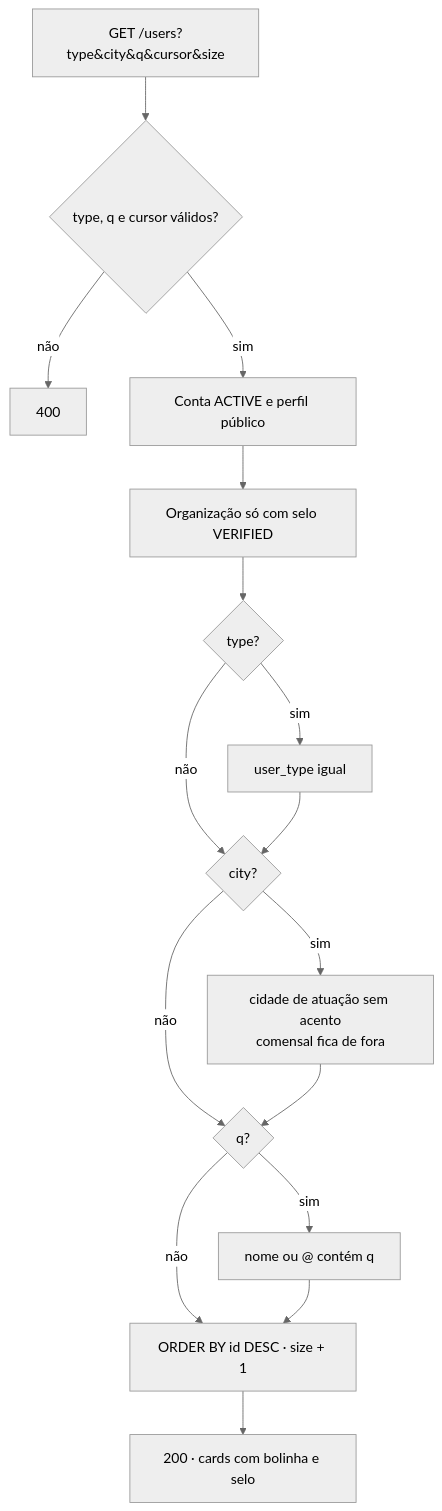
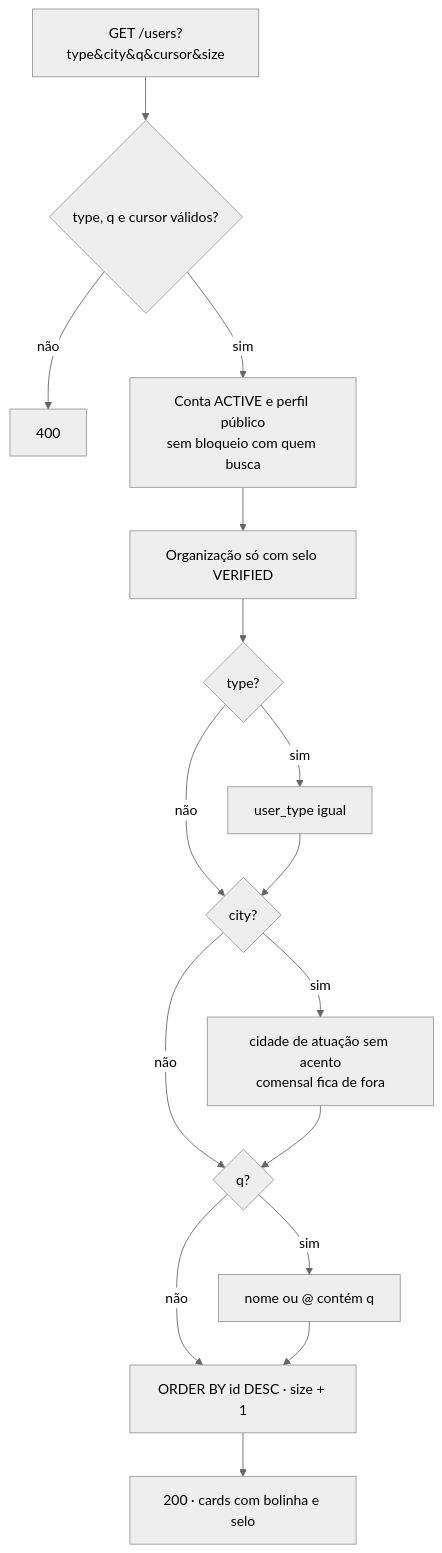
The second of 2 diagrams in docs/RF15/atividades.md (MatheusHaliski/Friendly-Eats), drawn with Mermaid (neutral theme) before and after one commit. The commit also changed other lines of this file and 90 other files, not shown here.

````diff
--- a/docs/RF15/atividades.md
+++ b/docs/RF15/atividades.md
@@ -26,18 +26,18 @@
 ```mermaid
 flowchart TD
     F[GET /users?type&city&q&cursor&size] --> V{type, q e cursor válidos?}
     V -- não --> E400[400]
-    V -- sim --> Q[Conta ACTIVE e perfil público]
+    V -- sim --> Q[Conta ACTIVE e perfil público<br/>sem bloqueio com quem busca]
     Q --> O[Organização só com selo VERIFIED]
     O --> TY{type?}
     TY -- sim --> FT[user_type igual]
     TY -- não --> CI
     FT --> CI{city?}
     CI -- sim --> FC[cidade de atuação sem acento<br/>comensal fica de fora]
     CI -- não --> QQ
     FC --> QQ{q?}
     QQ -- sim --> FQ[nome ou @ contém q]
     QQ -- não --> ORD
     FQ --> ORD[ORDER BY id DESC · size + 1]
     ORD --> OK[200 · cards com bolinha e selo]
 ```
````
